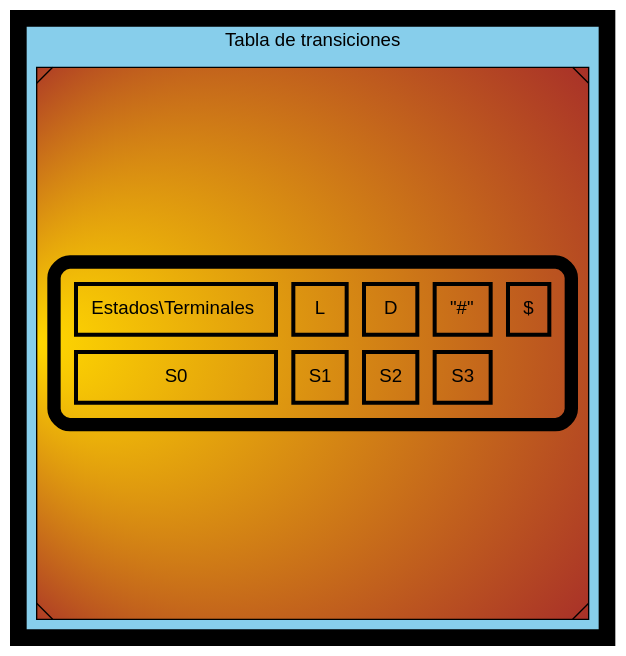
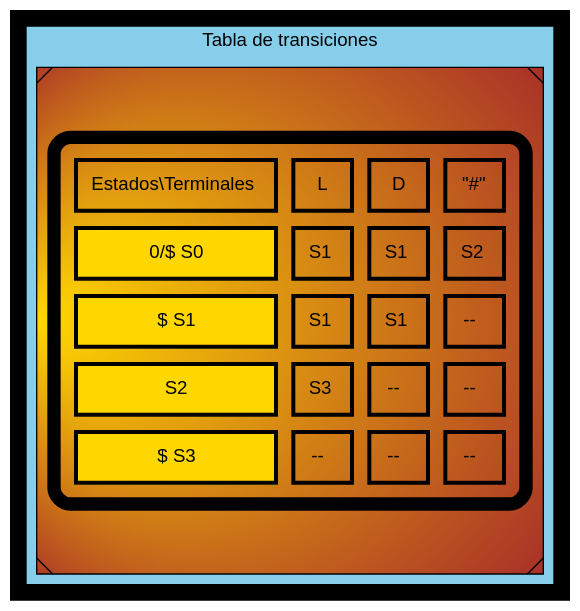
The diagram in src/analizadores/transiicones.dot (SergieArizandieta/OLC1-P1-202000119), drawn with Graphviz before and after one commit. The commit also changed 27 other files, not shown here.

```diff
--- a/src/analizadores/transiicones.dot
+++ b/src/analizadores/transiicones.dot
@@ -1,27 +1,41 @@
 digraph G { bgcolor="black" 
   fontname="Helvetica,Arial,sans-serif"
   node [fontname="Helvetica,Arial,sans-serif"]
   edge [fontname="Helvetica,Arial,sans-serif"]
   subgraph cluster1 {fillcolor="skyblue" style="filled"
   node [shape=Msquare fillcolor="gold:brown" style="radial" gradientangle=180]
   label = "Tabla de transiciones"
   a0 [label=<  
   <TABLE border="10" cellspacing="10" cellpadding="10" style="rounded" gradientangle="315">
  
-  <TR>
+ <TR>
       <TD border="3">Estados\Terminales  </TD>
       <TD border="3">L</TD>
       <TD border="3">D</TD>
       <TD border="3">"#"</TD>
-      <TD border="3">$</TD>
   </TR>
-
-
   <TR>
-      <TD border="3">S0</TD>
-      <TD border="3" >S1</TD>
-      <TD border="3" >S2</TD>
-      <TD border="3">S3</TD>
+      <TD border="3" bgcolor="gold">0/$ S0</TD>
+      <TD border="3"> S1</TD>
+      <TD border="3"> S1</TD>
+      <TD border="3"> S2</TD>
   </TR>
-  
+  <TR>
+      <TD border="3" bgcolor="gold">$ S1</TD>
+      <TD border="3"> S1</TD>
+      <TD border="3"> S1</TD>
+      <TD border="3"> -- </TD>
+  </TR>
+  <TR>
+      <TD border="3" bgcolor="gold">S2</TD>
+      <TD border="3" > S3</TD>
+      <TD border="3"> -- </TD>
+      <TD border="3"> -- </TD>
+  </TR>
+  <TR>
+      <TD border="3" bgcolor="gold">$ S3</TD>
+      <TD border="3"> -- </TD>
+      <TD border="3"> -- </TD>
+      <TD border="3"> -- </TD>
+  </TR>
 </TABLE>>];}}
```
